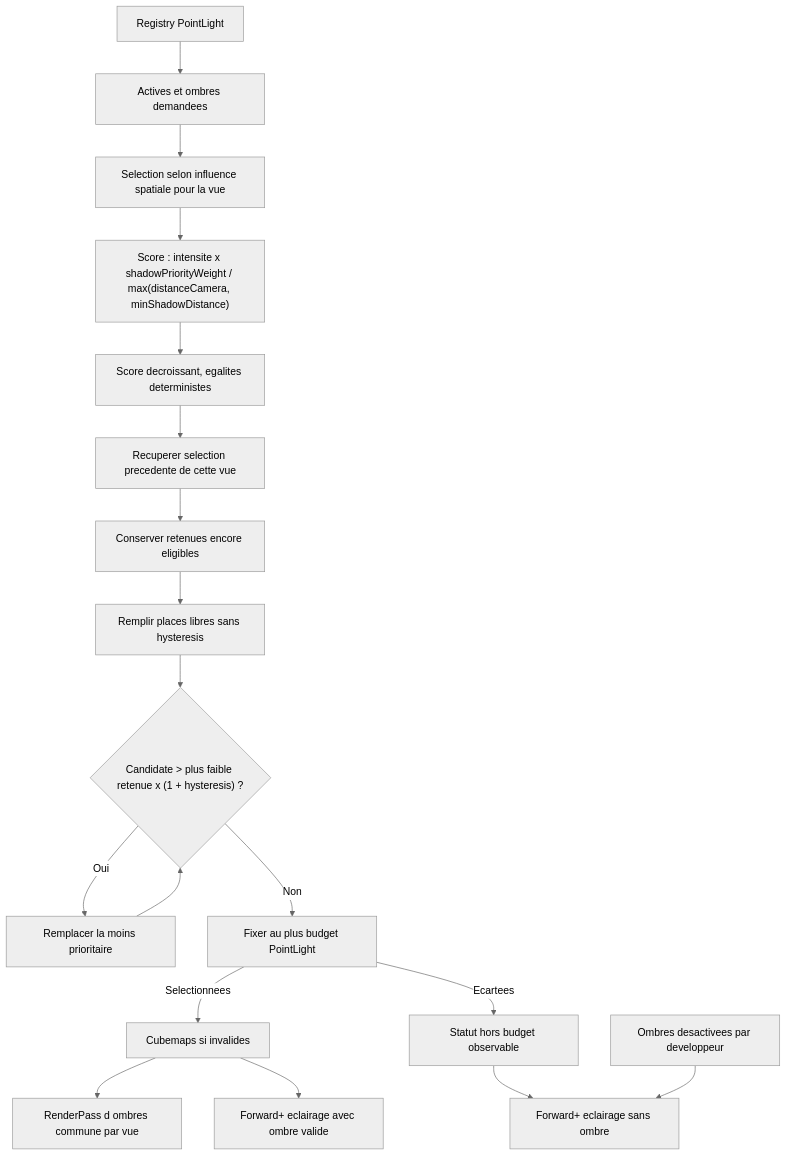
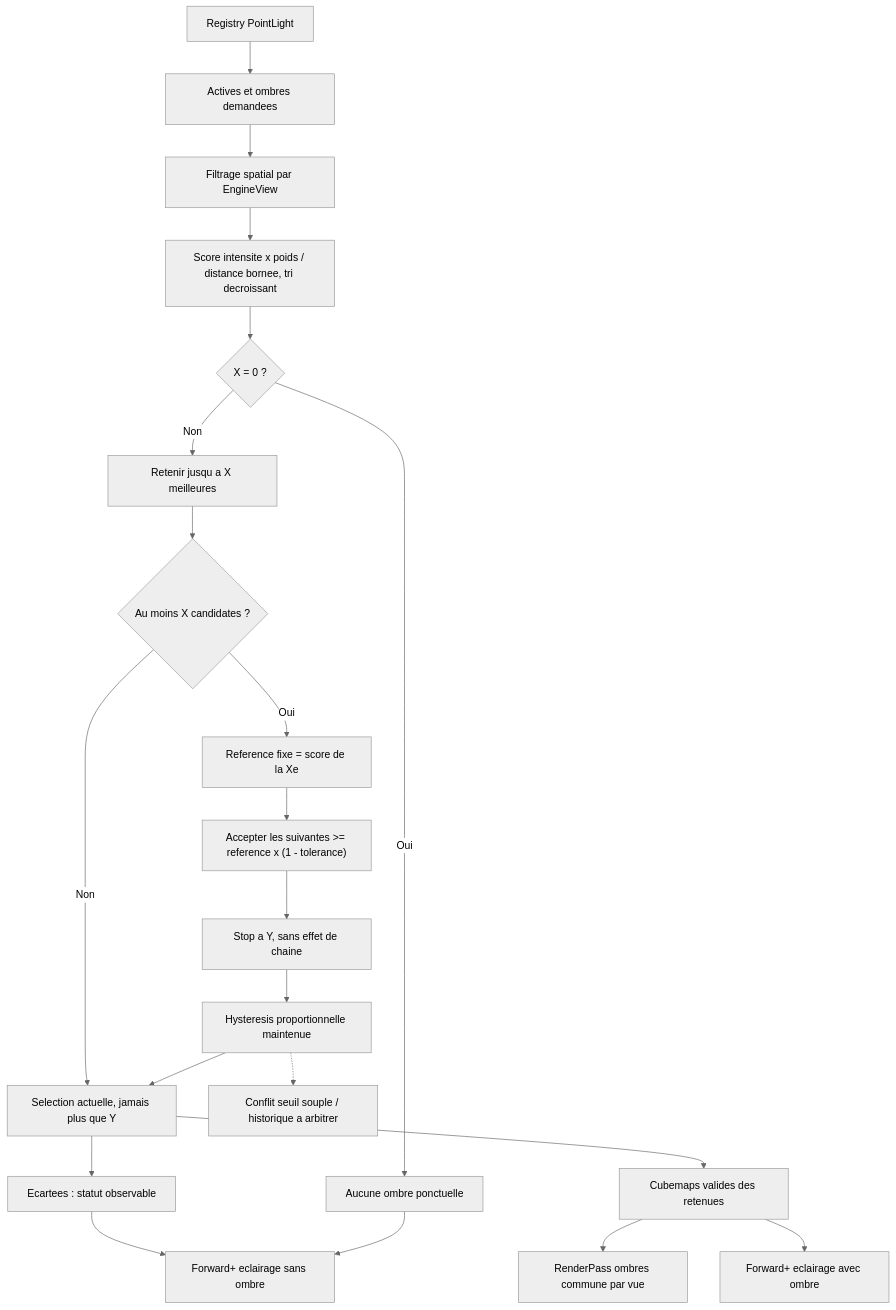
Before and after one commit to EreliaStudio/Sparkle: the eighth of 18 diagrams in docs/voxel-engine-v0.1.4-specification.md, drawn with Mermaid (neutral theme). The commit also changed other lines of this file, not shown here.

Commit message:
docs(v0.1.4): update shadow selection diagrams and capture sequence for soft budget X/Y/tolerance

````diff
--- a/docs/voxel-engine-v0.1.4-specification.md
+++ b/docs/voxel-engine-v0.1.4-specification.md
@@ -729,20 +733,23 @@
 ```mermaid
 flowchart TD
   Registry["Registry PointLight"] --> Eligible["Actives et ombres demandees"]
-  Eligible --> Relevant["Selection selon influence spatiale pour la vue"]
-  Relevant --> Score["Score : intensite x shadowPriorityWeight / max(distanceCamera, minShadowDistance)"]
-  Score --> Order["Score decroissant, egalites deterministes"]
-  Order --> History["Recuperer selection precedente de cette vue"]
-  History --> Active["Conserver retenues encore eligibles"]
-  Active --> Free["Remplir places libres sans hysteresis"]
-  Free --> Swap{"Candidate > plus faible retenue x (1 + hysteresis) ?"}
-  Swap -->|"Oui"| Replace["Remplacer la moins prioritaire"]
-  Replace --> Swap
-  Swap -->|"Non"| Limit["Fixer au plus budget PointLight"]
-  Limit -->|"Selectionnees"| Cubes["Cubemaps si invalides"]
-  Cubes --> Pass["RenderPass d ombres commune par vue"]
-  Cubes --> Lit["Forward+ eclairage avec ombre valide"]
-  Limit -->|"Ecartees"| Status["Statut hors budget observable"]
-  Status --> Unshadowed["Forward+ eclairage sans ombre"]
-  Off["Ombres desactivees par developpeur"] --> Unshadowed
+  Eligible --> Spatial["Filtrage spatial par EngineView"]
+  Spatial --> Sort["Score intensite x poids / distance bornee, tri decroissant"]
+  Sort --> Target{"X = 0 ?"}
+  Target -->|"Oui"| Empty["Aucune ombre ponctuelle"]
+  Target -->|"Non"| Base["Retenir jusqu a X meilleures"]
+  Base --> Reference{"Au moins X candidates ?"}
+  Reference -->|"Oui"| Threshold["Reference fixe = score de la Xe"]
+  Reference -->|"Non"| Final["Selection actuelle, jamais plus que Y"]
+  Threshold --> Extra["Accepter les suivantes >= reference x (1 - tolerance)"]
+  Extra --> HardMax["Stop a Y, sans effet de chaine"]
+  HardMax --> Hysteresis["Hysteresis proportionnelle maintenue"]
+  Hysteresis -.-> Open["Conflit seuil souple / historique a arbitrer"]
+  Hysteresis --> Final
+  Final --> Cubes["Cubemaps valides des retenues"]
+  Cubes --> Pass["RenderPass ombres commune par vue"]
+  Cubes --> Lit["Forward+ eclairage avec ombre"]
+  Final --> Excluded["Ecartees : statut observable"]
+  Excluded --> NoShadow["Forward+ eclairage sans ombre"]
+  Empty --> NoShadow
 ```
````
